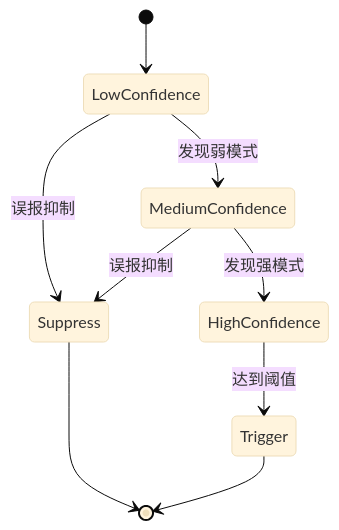
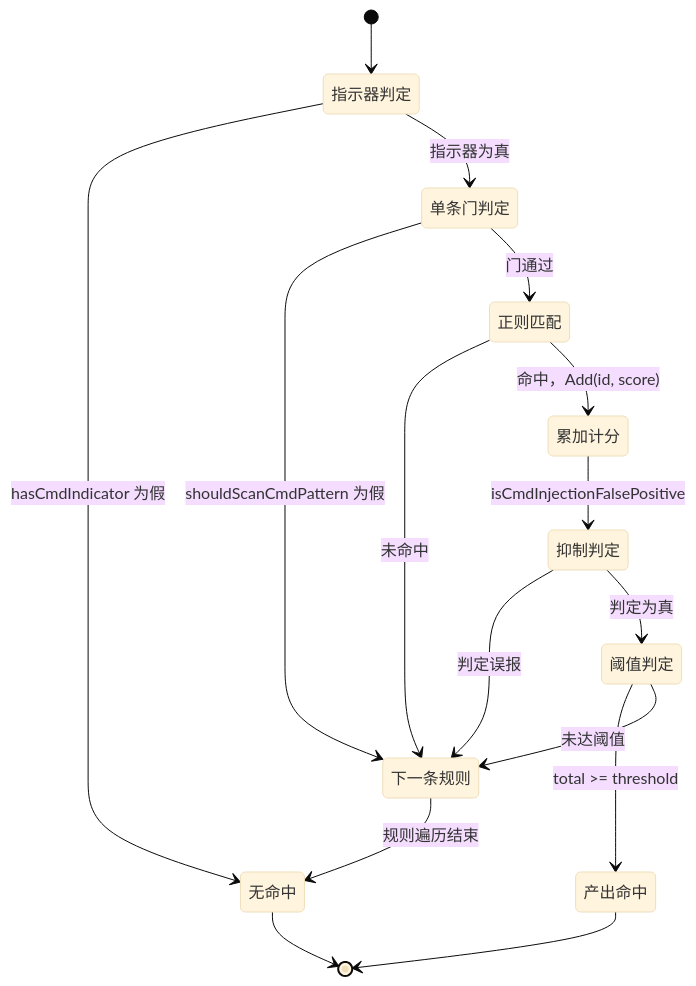
One commit to x01n/My-OpenWaf changed the eighth of 12 diagrams in docs/安全防护功能/OWASP 检测/基本 OWASP 规则.md. Above: the diagram before and after it, drawn with Mermaid (base theme). The commit also changed other lines of this file and 622 other files, not shown here.

````diff
--- a/docs/安全防护功能/OWASP 检测/基本 OWASP 规则.md
+++ b/docs/安全防护功能/OWASP 检测/基本 OWASP 规则.md
@@ -462,11 +483,18 @@
 ```mermaid
 stateDiagram-v2
-[*] --> LowConfidence
-LowConfidence --> MediumConfidence : 发现弱模式
-MediumConfidence --> HighConfidence : 发现强模式
-HighConfidence --> Trigger : 达到阈值
-LowConfidence --> Suppress : 误报抑制
-MediumConfidence --> Suppress : 误报抑制
-Suppress --> [*]
-Trigger --> [*]
+[*] --> 指示器判定
+指示器判定 --> 无命中 : hasCmdIndicator 为假
+指示器判定 --> 单条门判定 : 指示器为真
+单条门判定 --> 下一条规则 : shouldScanCmdPattern 为假
+单条门判定 --> 正则匹配 : 门通过
+正则匹配 --> 下一条规则 : 未命中
+正则匹配 --> 累加计分 : 命中，Add(id, score)
+累加计分 --> 抑制判定 : isCmdInjectionFalsePositive
+抑制判定 --> 下一条规则 : 判定误报
+抑制判定 --> 阈值判定 : 判定为真
+阈值判定 --> 产出命中 : total >= threshold
+阈值判定 --> 下一条规则 : 未达阈值
+下一条规则 --> 无命中 : 规则遍历结束
+产出命中 --> [*]
+无命中 --> [*]
 ```
````
